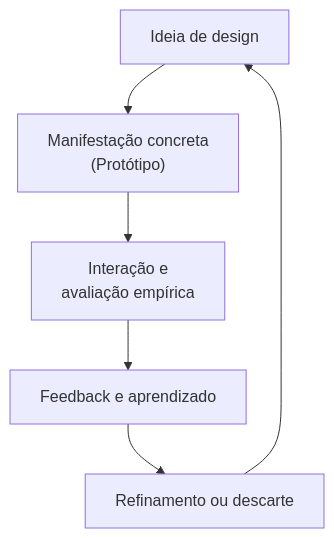
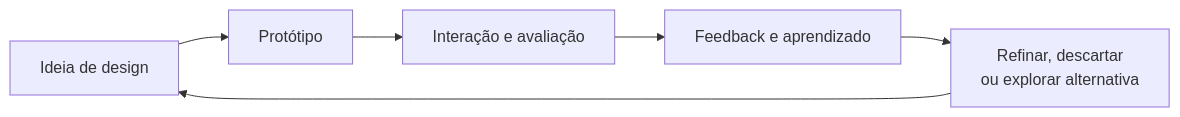
One commit to leorruas/puc changed the first of 2 diagrams in 08. Design de Interacao/13. Prototipagem de sistemas interativos - fidelidade, dimensão, wireframe, mockup e storyboard.md. Above: the diagram before and after it, drawn with Mermaid. The commit also changed other lines of this file, not shown here.

````diff
--- a/08. Design de Interacao/13. Prototipagem de sistemas interativos - fidelidade, dimensão, wireframe, mockup e storyboard.md
+++ b/08. Design de Interacao/13. Prototipagem de sistemas interativos - fidelidade, dimensão, wireframe, mockup e storyboard.md
@@ -45,8 +45,14 @@
 ```mermaid
-flowchart TD
-    Ideia["Ideia de design"] --> Protótipo["Manifestação concreta<br>(Protótipo)"]
-    Protótipo --> Avaliação["Interação e<br>avaliação empírica"]
-    Avaliação --> Feedback["Feedback e aprendizado"]
-    Feedback --> Refinamento["Refinamento ou descarte"]
-    Refinamento --> Ideia
+flowchart LR
+    Ideia["Ideia de design"]:::external
+    Prototipo["Protótipo"]:::core
+    Avaliacao["Interação e avaliação"]:::component
+    Feedback["Feedback e aprendizado"]:::data
+    Decisao["Refinar, descartar<br>ou explorar alternativa"]:::component
+
+    Ideia --> Prototipo
+    Prototipo --> Avaliacao
+    Avaliacao --> Feedback
+    Feedback --> Decisao
+    Decisao --> Ideia
 ```
````
